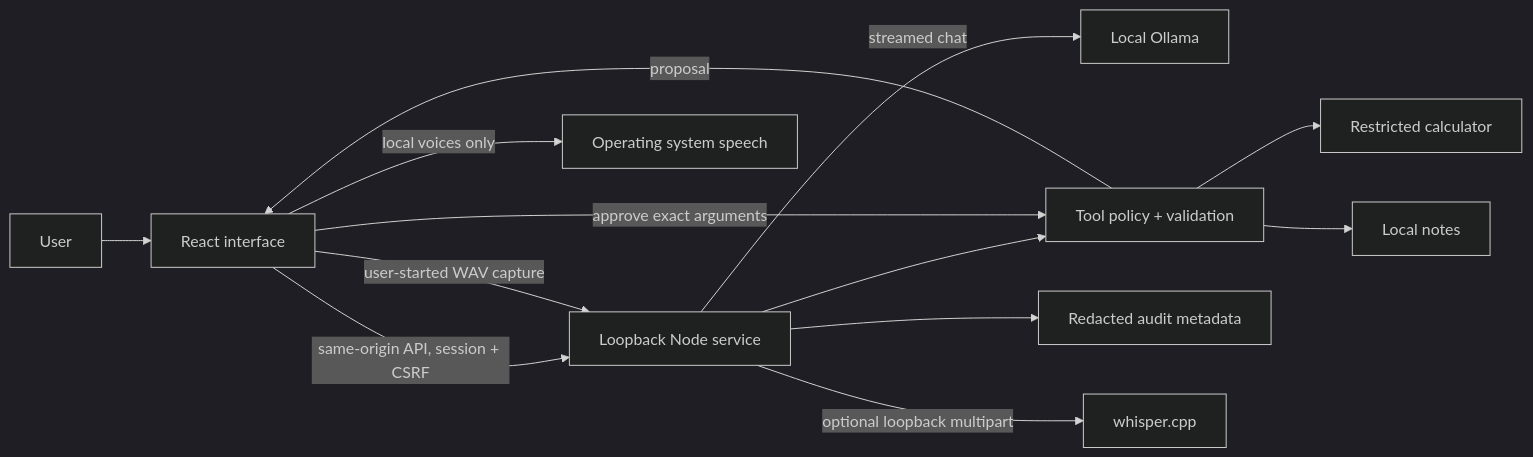
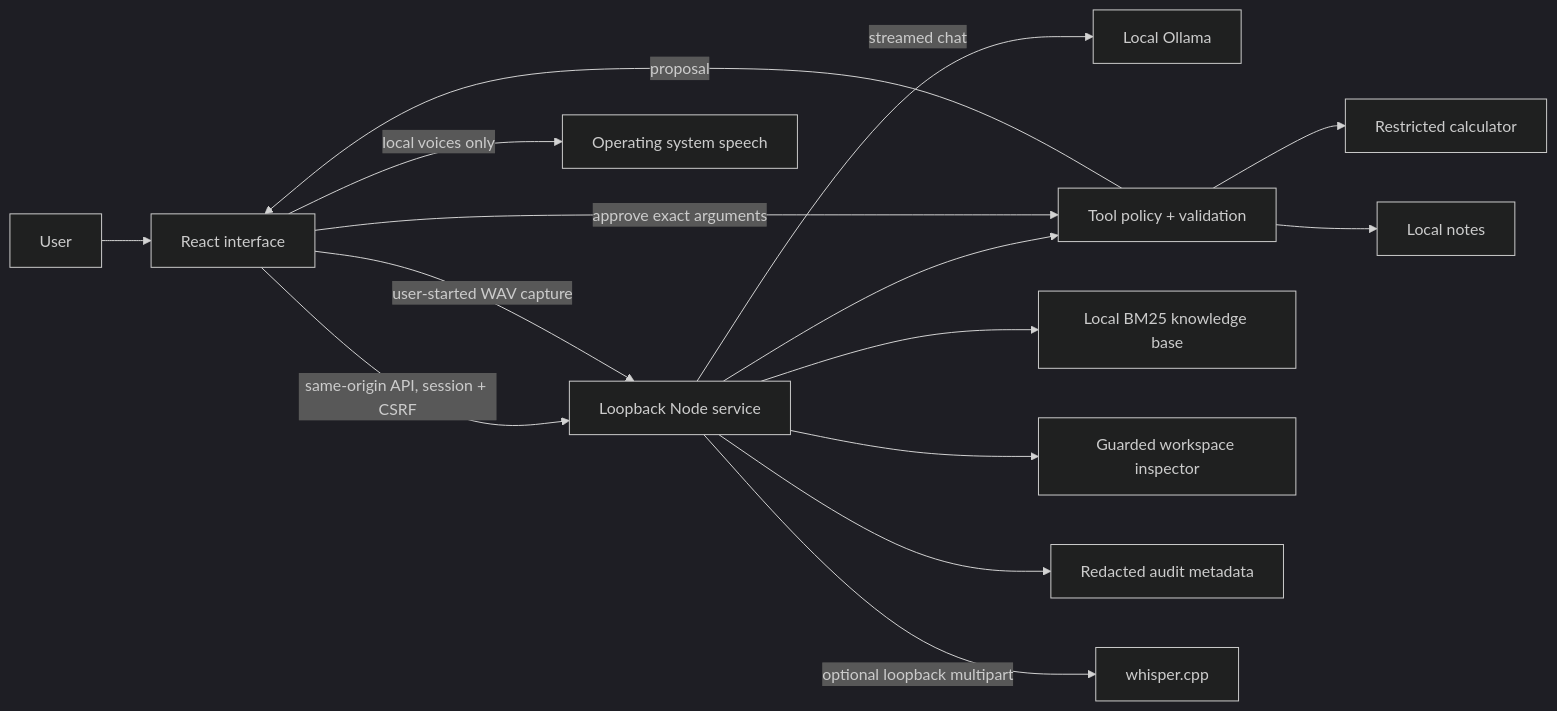
The diagram in docs/architecture.md (codesphere-u/auralis-local), drawn with Mermaid (dark theme) before and after one commit. The commit also changed other lines of this file and 15 other files, not shown here.

Commit message:
feat: evolve auralis-local to v0.2 with local BM25 knowledge base, guarded workspace inspector, and pipeline benchmarks

````diff
--- a/docs/architecture.md
+++ b/docs/architecture.md
@@ -5,15 +5,17 @@
 ```mermaid
 flowchart LR
     U[User] --> UI[React interface]
     UI -->|same-origin API, session + CSRF| API[Loopback Node service]
     API -->|streamed chat| O[Local Ollama]
     API --> P[Tool policy + validation]
     P --> C[Restricted calculator]
     P -->|proposal| UI
     UI -->|approve exact arguments| P
     P --> N[Local notes]
+    API --> K[Local BM25 knowledge base]
+    API --> WS[Guarded workspace inspector]
     API --> A[Redacted audit metadata]
     UI -->|user-started WAV capture| API
     API -->|optional loopback multipart| W[whisper.cpp]
     UI -->|local voices only| T[Operating system speech]
 ```
````
